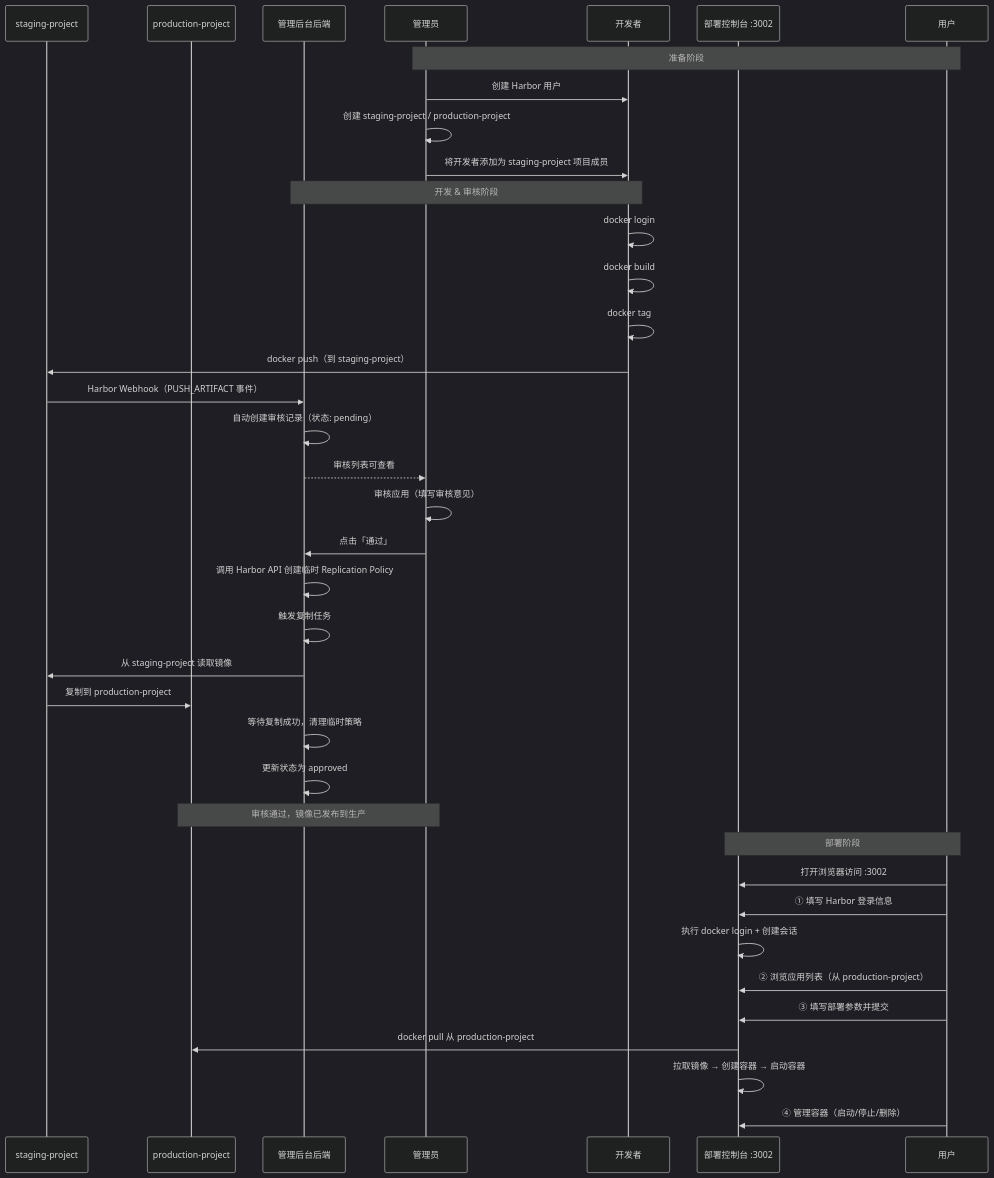
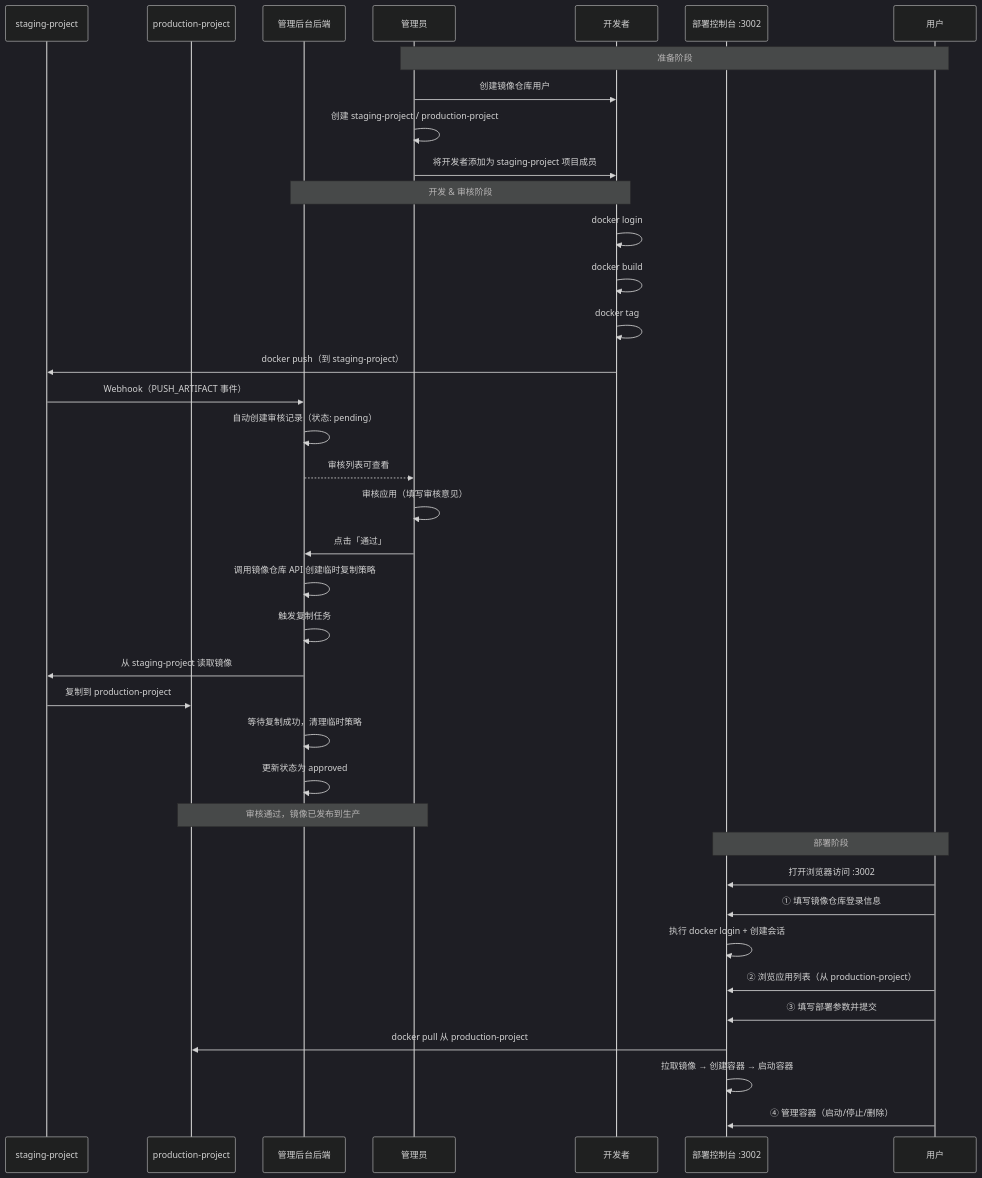
The fourth of 5 diagrams in APPSTORE.md (zzx1314/rust-admin), drawn with Mermaid (dark theme) before and after one commit. The commit also changed other lines of this file, not shown here.

Commit message:
fix: Update documentation to replace 'Harbor' with '镜像仓库' for consistency

````diff
--- a/APPSTORE.md
+++ b/APPSTORE.md
@@ -339,43 +339,43 @@
 ```mermaid
 sequenceDiagram
     participant Staging as staging-project
     participant Prod as production-project
     participant Backend as 管理后台后端
     participant Admin as 管理员
     participant Dev as 开发者
     participant Console as 部署控制台 :3002
     participant User as 用户
 
     Note over Admin,User: 准备阶段
-    Admin->>Dev: 创建 Harbor 用户
+    Admin->>Dev: 创建镜像仓库用户
     Admin->>Admin: 创建 staging-project / production-project
     Admin->>Dev: 将开发者添加为 staging-project 项目成员
 
     Note over Dev,Backend: 开发 & 审核阶段
     Dev->>Dev: docker login
     Dev->>Dev: docker build
     Dev->>Dev: docker tag
     Dev->>Staging: docker push（到 staging-project）
-    Staging->>Backend: Harbor Webhook（PUSH_ARTIFACT 事件）
+    Staging->>Backend: Webhook（PUSH_ARTIFACT 事件）
     Backend->>Backend: 自动创建审核记录（状态: pending）
     Backend-->>Admin: 审核列表可查看
     Admin->>Admin: 审核应用（填写审核意见）
     Admin->>Backend: 点击「通过」
-    Backend->>Backend: 调用 Harbor API 创建临时 Replication Policy
+    Backend->>Backend: 调用镜像仓库 API 创建临时复制策略
     Backend->>Backend: 触发复制任务
     Backend->>Staging: 从 staging-project 读取镜像
     Staging->>Prod: 复制到 production-project
     Backend->>Backend: 等待复制成功，清理临时策略
     Backend->>Backend: 更新状态为 approved
     Note over Admin,Prod: 审核通过，镜像已发布到生产
 
     Note over Console,User: 部署阶段
     User->>Console: 打开浏览器访问 :3002
-    User->>Console: ① 填写 Harbor 登录信息
+    User->>Console: ① 填写镜像仓库登录信息
     Console->>Console: 执行 docker login + 创建会话
     User->>Console: ② 浏览应用列表（从 production-project）
     User->>Console: ③ 填写部署参数并提交
     Console->>Prod: docker pull 从 production-project
     Console->>Console: 拉取镜像 → 创建容器 → 启动容器
     User->>Console: ④ 管理容器（启动/停止/删除）
 ```
````
